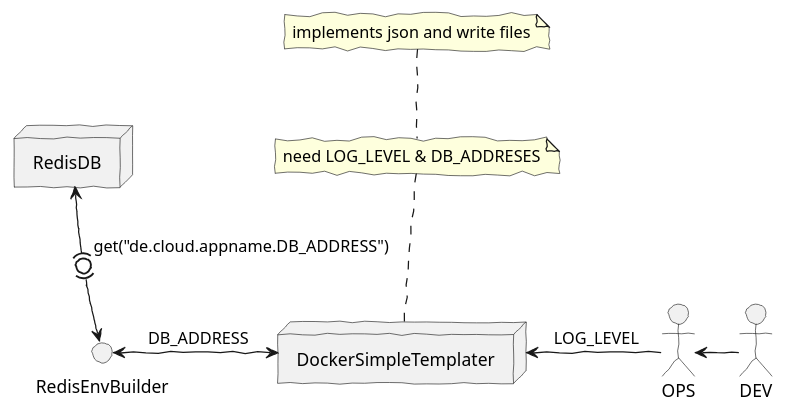
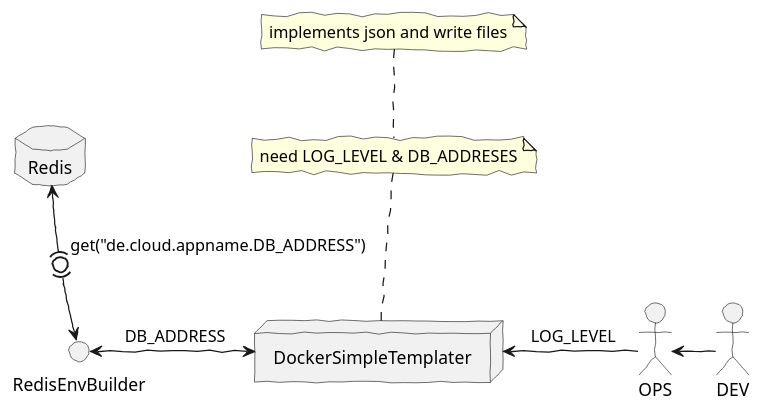
One commit to dockermgeo/DockerSimpleTemplater changed the diagram in docs/dst-architektur.puml. Above: the diagram before and after it, drawn with PlantUML. The commit also changed 1 other file, not shown here.

Commit message:
RedisDB-Client

```diff
--- a/docs/dst-architektur.puml
+++ b/docs/dst-architektur.puml
@@ -1,19 +1,19 @@
 @startuml
 skinparam handwritten true
 
-node RedisDB
+database Redis
 interface RedisEnvBuilder
 actor OPS
 actor DEV
 node DockerSimpleTemplater
 
 
-RedisDB <-(0)-> RedisEnvBuilder:get("de.cloud.appname.DB_ADDRESS")
+Redis <-(0)-> RedisEnvBuilder:get("de.cloud.appname.DB_ADDRESS")
 DockerSimpleTemplater <- OPS:" LOG_LEVEL"
 OPS <- DEV
 note top: need LOG_LEVEL & DB_ADDRESES
 RedisEnvBuilder <-> DockerSimpleTemplater:" DB_ADDRESS"
 note top: implements json and write files
 
 
 @enduml
```
